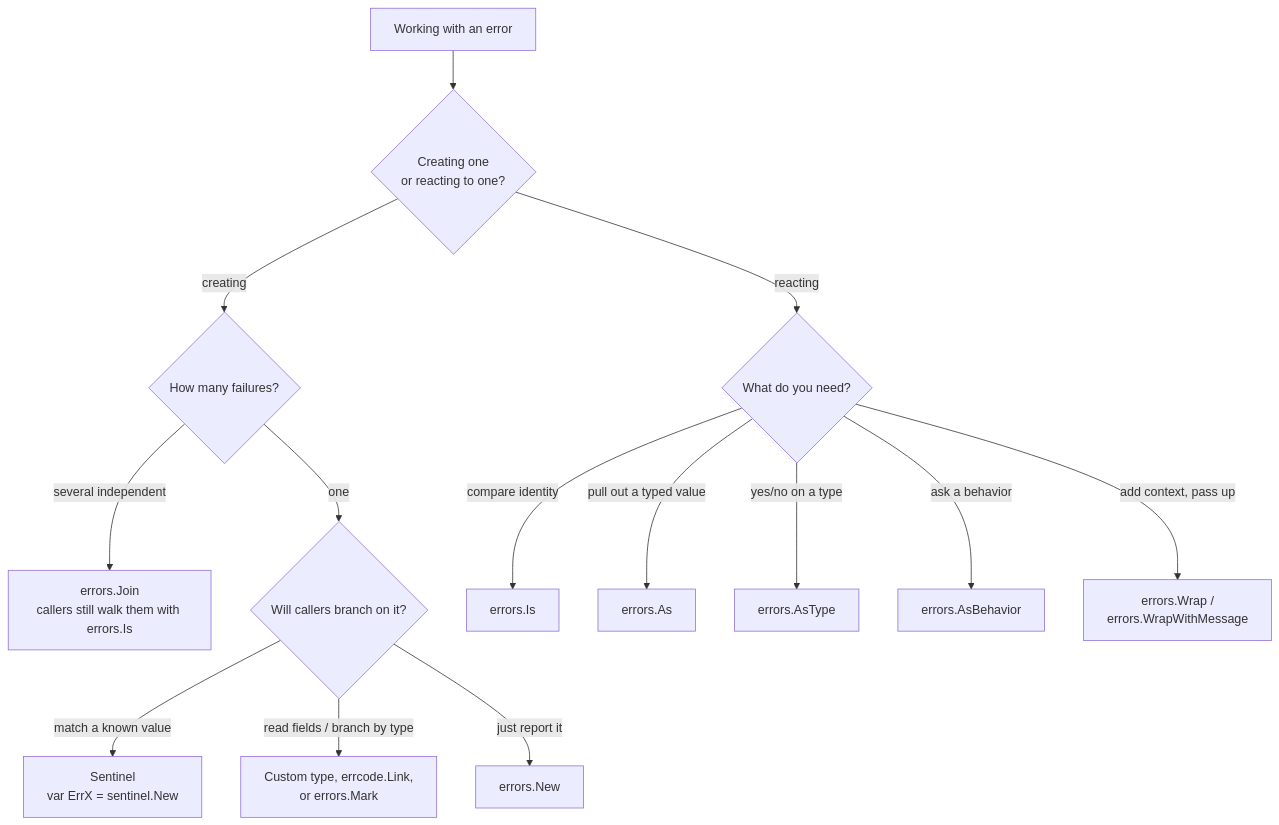
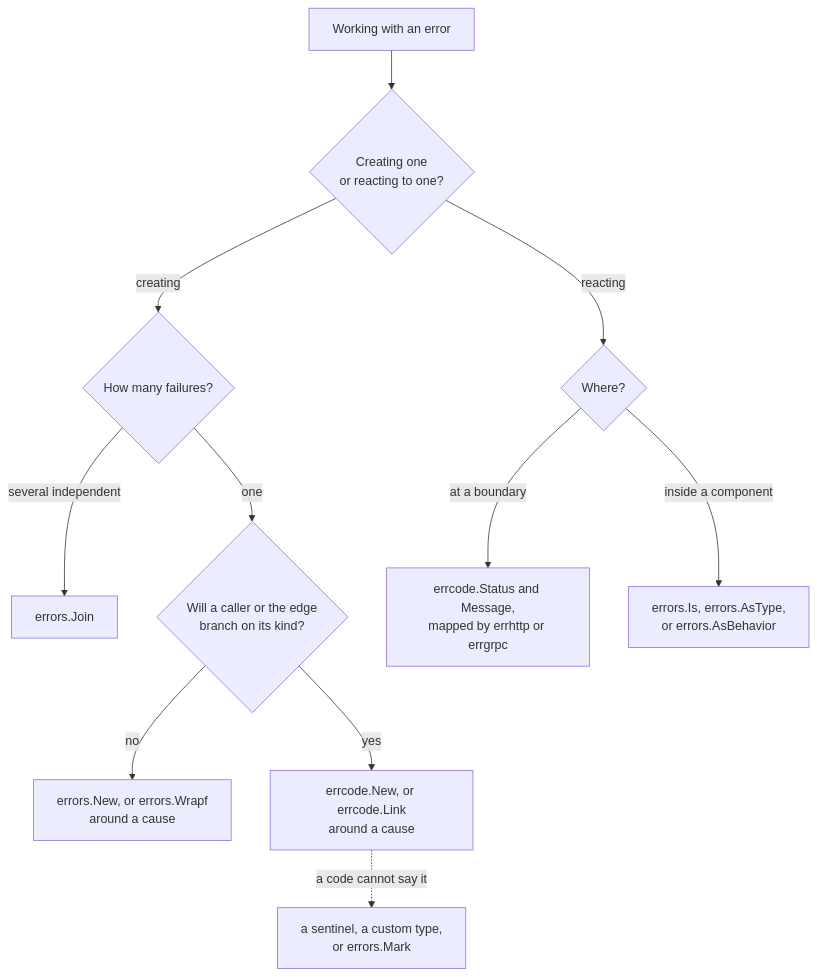
One commit to StevenACoffman/toerr changed the second of 2 diagrams in philosophy.md. Above: the diagram before and after it, drawn with Mermaid. The commit also changed other lines of this file, not shown here.

````diff
--- a/philosophy.md
+++ b/philosophy.md
@@ -730,16 +796,13 @@
 ```mermaid
 graph TD
     A[Working with an error] --> B{Creating one<br/>or reacting to one?}
     B -->|creating| C{How many failures?}
-    C -->|several independent| D[errors.Join<br/>callers still walk them with errors.Is]
-    C -->|one| E{Will callers branch on it?}
-    E -->|match a known value| F[Sentinel<br/>var ErrX = sentinel.New]
-    E -->|read fields / branch by type| G[Custom type, errcode.Link,<br/>or errors.Mark]
-    E -->|just report it| H[errors.New]
-    B -->|reacting| I{What do you need?}
-    I -->|compare identity| J[errors.Is]
-    I -->|pull out a typed value| K[errors.As]
-    I -->|yes/no on a type| L[errors.AsType]
-    I -->|ask a behavior| N[errors.AsBehavior]
-    I -->|add context, pass up| M[errors.Wrap /<br/>errors.WrapWithMessage]
+    C -->|several independent| D[errors.Join]
+    C -->|one| E{Will a caller or the edge<br/>branch on its kind?}
+    E -->|no| F[errors.New, or errors.Wrapf<br/>around a cause]
+    E -->|yes| G[errcode.New, or errcode.Link<br/>around a cause]
+    G -.a code cannot say it.-> H[a sentinel, a custom type,<br/>or errors.Mark]
+    B -->|reacting| I{Where?}
+    I -->|at a boundary| J[errcode.Status and Message,<br/>mapped by errhttp or errgrpc]
+    I -->|inside a component| K[errors.Is, errors.AsType,<br/>or errors.AsBehavior]
 ```
````
